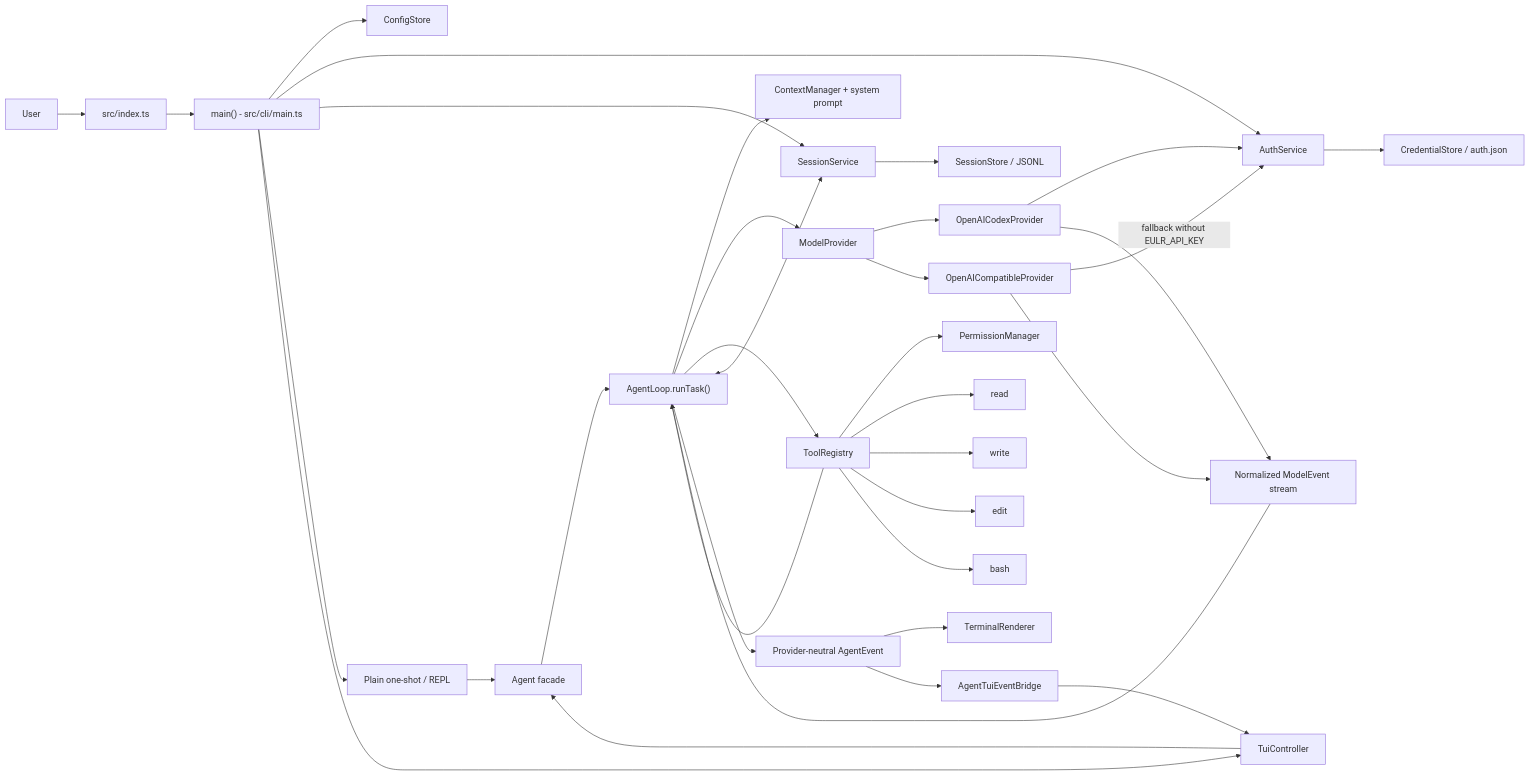
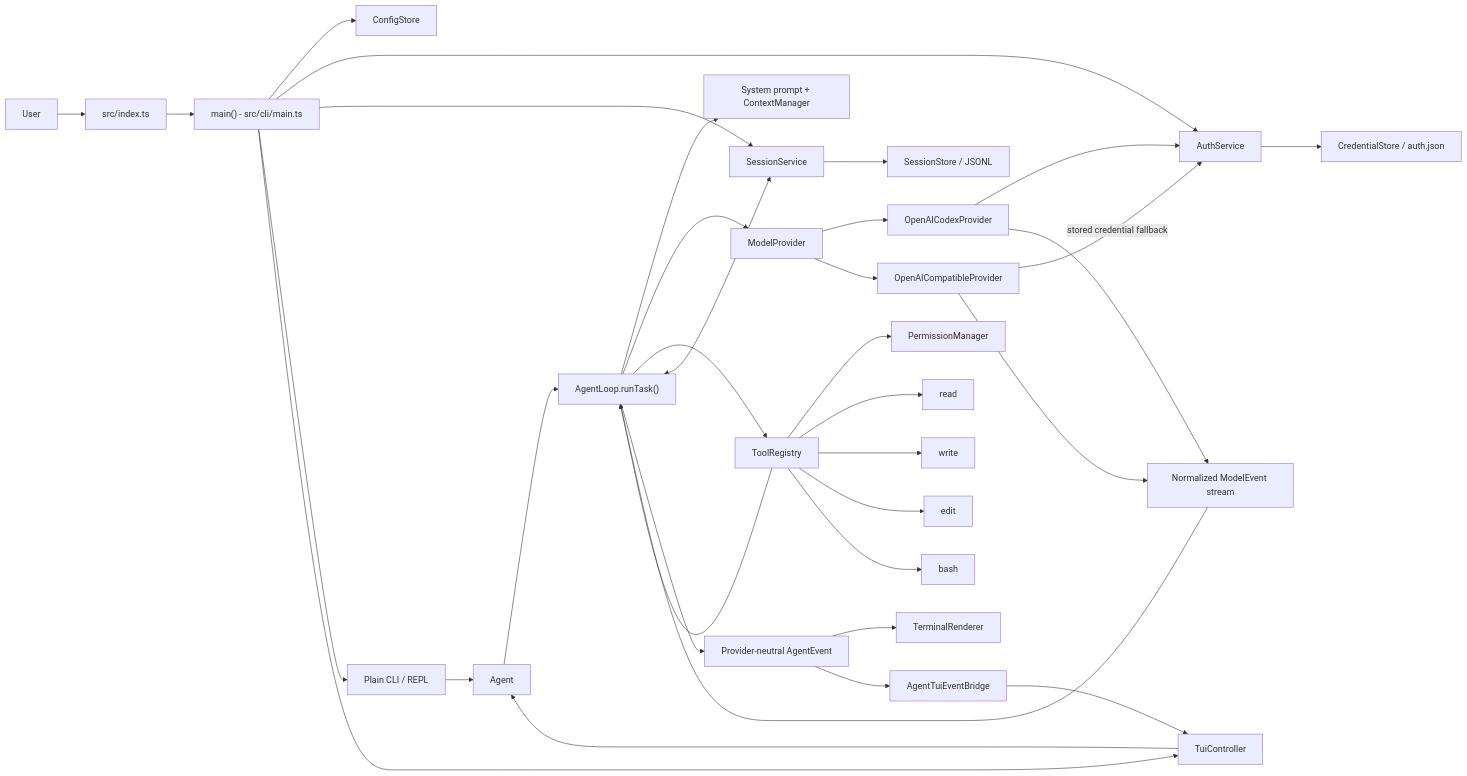
The first of 2 diagrams in architecture.md (lainx86/eulr), drawn with Mermaid before and after one commit. The commit also changed other lines of this file, not shown here.

Commit message:
nambahin architecture.md

````diff
--- a/architecture.md
+++ b/architecture.md
@@ -424,42 +443,42 @@
 ```mermaid
 flowchart LR
   User["User"] --> Entry["src/index.ts"]
   Entry --> Main["main() - src/cli/main.ts"]
 
   Main --> Config["ConfigStore"]
   Main --> Auth["AuthService"]
   Auth --> Credentials["CredentialStore / auth.json"]
-  Main --> SessionService["SessionService"]
-  SessionService --> SessionStore["SessionStore / JSONL"]
+  Main --> Sessions["SessionService"]
+  Sessions --> SessionStore["SessionStore / JSONL"]
 
-  Main --> Plain["Plain one-shot / REPL"]
+  Main --> Plain["Plain CLI / REPL"]
   Main --> TUI["TuiController"]
-  Plain --> Agent["Agent facade"]
+  Plain --> Agent["Agent"]
   TUI --> Agent
 
-  Agent --> AgentLoopNode["AgentLoop.runTask()"]
-  AgentLoopNode --> Context["ContextManager + system prompt"]
-  AgentLoopNode --> ProviderContract["ModelProvider"]
-  ProviderContract --> Codex["OpenAICodexProvider"]
-  ProviderContract --> Compatible["OpenAICompatibleProvider"]
+  Agent --> AgentLoop["AgentLoop.runTask()"]
+  AgentLoop --> Prompt["System prompt + ContextManager"]
+  AgentLoop --> Provider["ModelProvider"]
+  Provider --> Codex["OpenAICodexProvider"]
+  Provider --> Compatible["OpenAICompatibleProvider"]
   Codex --> Auth
-  Compatible -- "fallback without EULR_API_KEY" --> Auth
+  Compatible -- "stored credential fallback" --> Auth
 
   Codex --> ModelEvents["Normalized ModelEvent stream"]
   Compatible --> ModelEvents
-  ModelEvents --> AgentLoopNode
+  ModelEvents --> AgentLoop
 
-  AgentLoopNode --> Registry["ToolRegistry"]
+  AgentLoop --> Registry["ToolRegistry"]
   Registry --> Permission["PermissionManager"]
   Registry --> Read["read"]
   Registry --> Write["write"]
   Registry --> Edit["edit"]
   Registry --> Bash["bash"]
-  Registry --> AgentLoopNode
+  Registry --> AgentLoop
 
-  AgentLoopNode <--> SessionService
-  AgentLoopNode --> AgentEvents["Provider-neutral AgentEvent"]
-  AgentEvents --> PlainRenderer["TerminalRenderer"]
-  AgentEvents --> Bridge["AgentTuiEventBridge"]
+  AgentLoop <--> Sessions
+  AgentLoop --> Events["Provider-neutral AgentEvent"]
+  Events --> Renderer["TerminalRenderer"]
+  Events --> Bridge["AgentTuiEventBridge"]
   Bridge --> TUI
 ```
````
